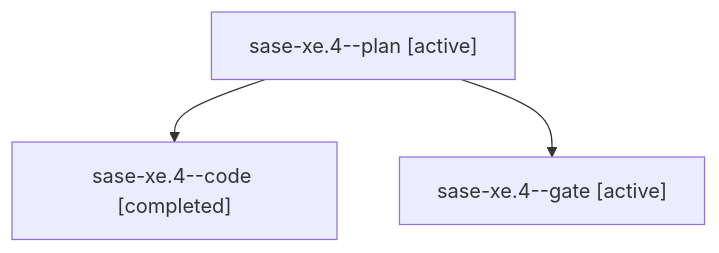
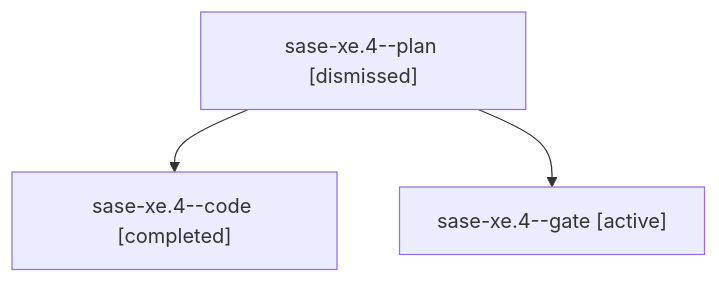
One commit to sase-org/sase--agents changed the diagram in sessions/bbugyi200.athena.sase-xe.4.md. Above: the diagram before and after it, drawn with Mermaid. The commit also changed other lines of this file and 277 other files, not shown here.

````diff
--- a/sessions/bbugyi200.athena.sase-xe.4.md
+++ b/sessions/bbugyi200.athena.sase-xe.4.md
@@ -9,8 +9,8 @@
 ```mermaid
 flowchart TD
-  n0["sase-xe.4--plan [active]"]
+  n0["sase-xe.4--plan [dismissed]"]
   n1["sase-xe.4--code [completed]"]
   n0 --> n1
   n2["sase-xe.4--gate [active]"]
   n0 --> n2
 ```
````
